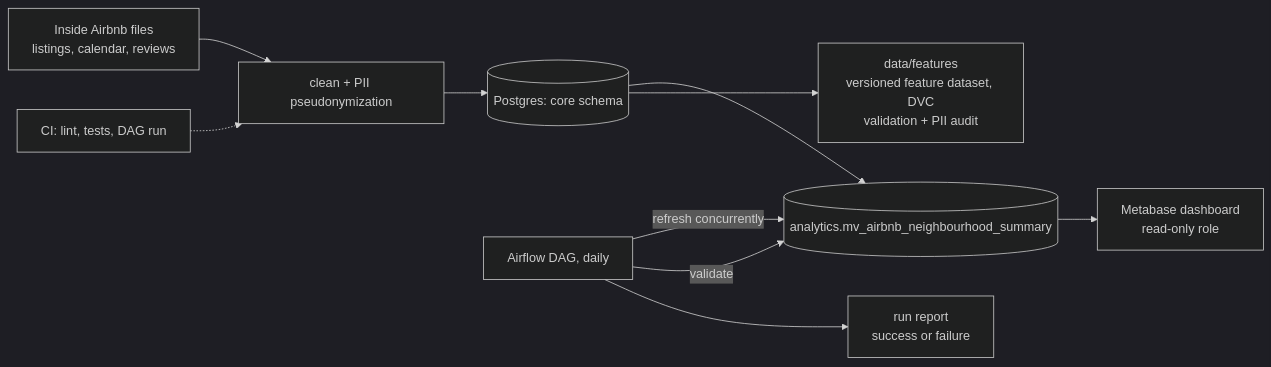
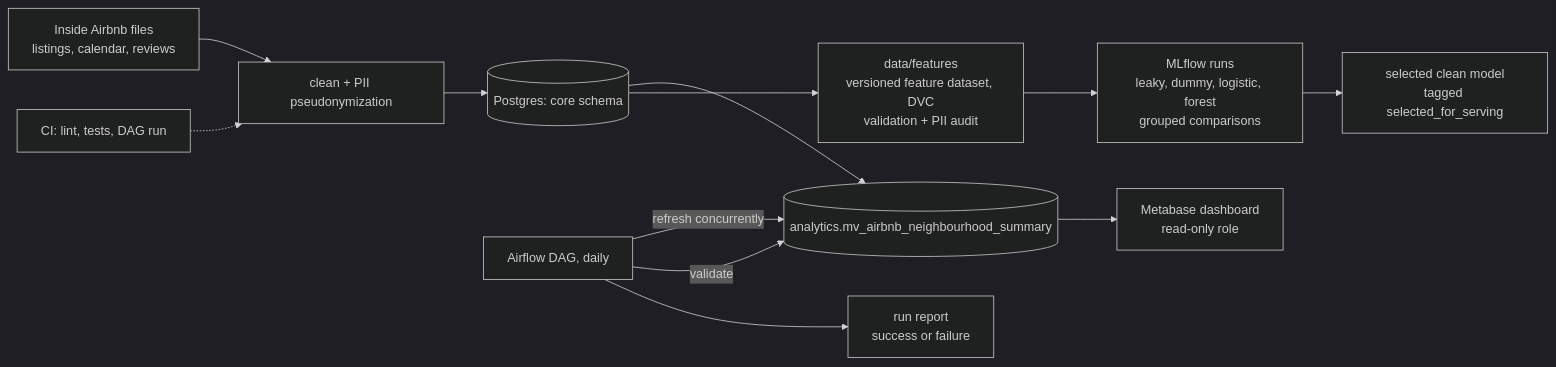
One commit to mbsoroush/Airbnb-Ops-Platform changed the diagram in README.md. Above: the diagram before and after it, drawn with Mermaid (dark theme). The commit also changed other lines of this file and 51 other files, not shown here.

````diff
--- a/README.md
+++ b/README.md
@@ -21,12 +23,14 @@
 ```mermaid
 flowchart LR
     A[Inside Airbnb files<br/>listings, calendar, reviews] --> B[clean + PII pseudonymization]
     B --> C[(Postgres: core schema)]
     C --> D[(analytics.mv_airbnb_neighbourhood_summary)]
     D --> E[Metabase dashboard<br/>read-only role]
     F[Airflow DAG, daily] -->|refresh concurrently| D
     F -->|validate| D
     F --> G[run report<br/>success or failure]
     C --> I[data/features<br/>versioned feature dataset, DVC<br/>validation + PII audit]
+    I --> J[MLflow runs<br/>leaky, dummy, logistic, forest<br/>grouped comparisons]
+    J --> K[selected clean model<br/>tagged selected_for_serving]
     H[CI: lint, tests, DAG run] -.-> B
 ```
````
